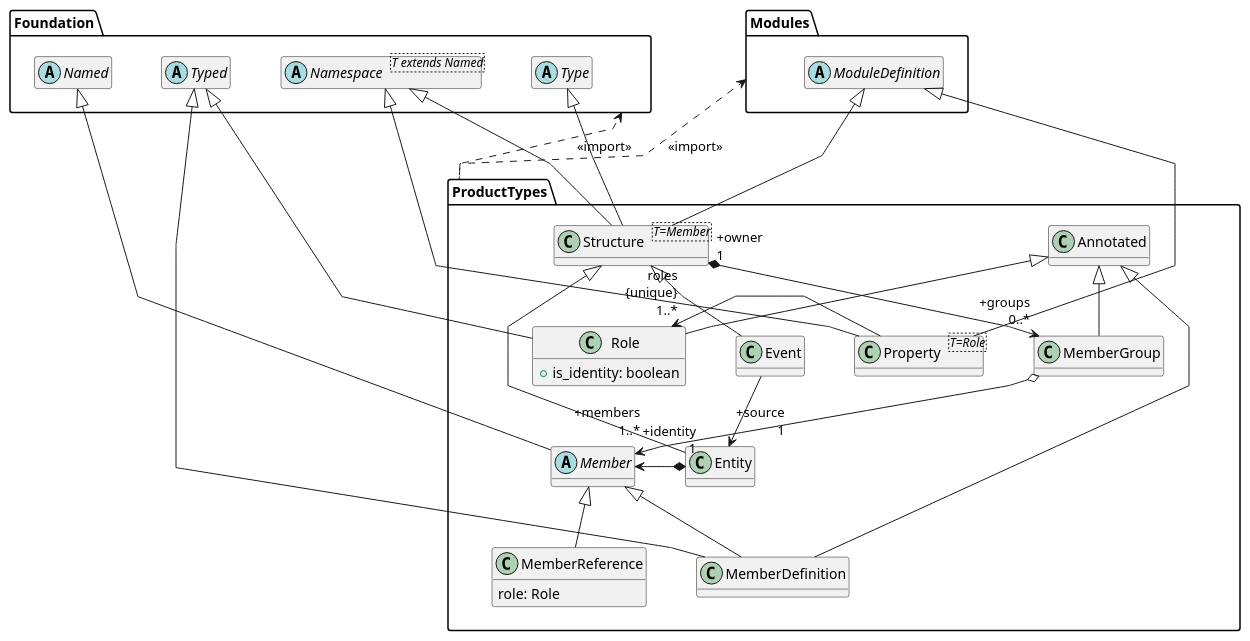
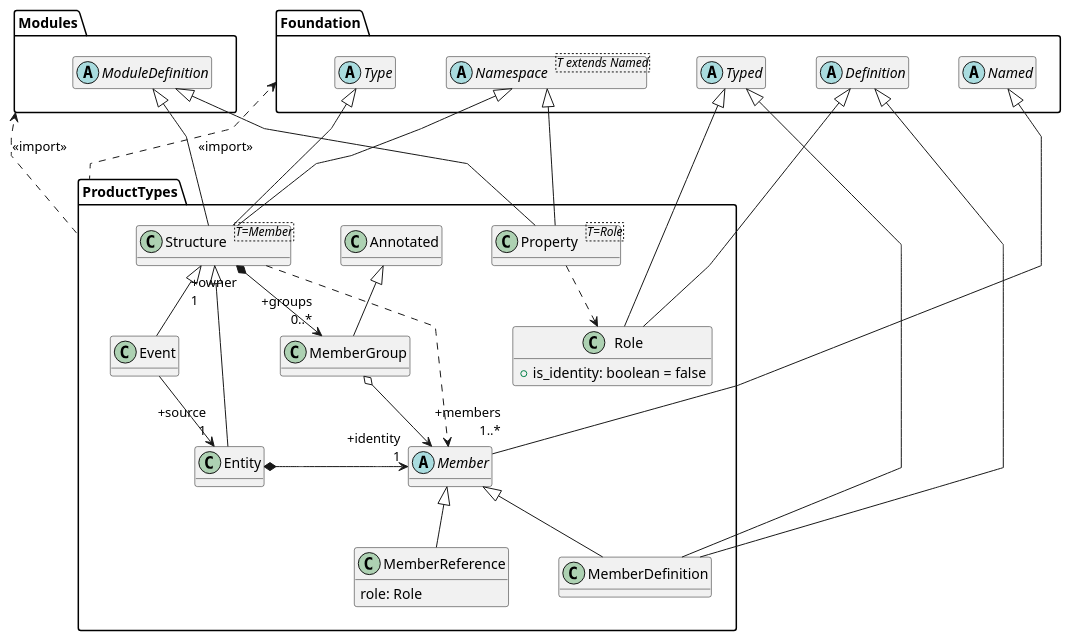
Before and after one commit to sdm-lang/sdml-io: the eighth of 18 diagrams in docs/meta-model.org, drawn with PlantUML. The commit also changed other lines of this file and 20 other files, not shown here.

```diff
--- a/docs/meta-model.org
+++ b/docs/meta-model.org
@@ -489,72 +884,72 @@
 #+BEGIN_SRC plantuml :file ./metamodel-product-types.svg
 @startuml
 skinparam backgroundColor transparent
 skinparam linetype polyline
 skinparam nodesep 50
 hide methods
 
 package Foundation {
     hide members
-    abstract class Named {}
+    abstract class Definition
+    abstract class Named
     abstract class "Namespace<T extends Named>" as g_Namespace {}
-    abstract class Type {}
-    abstract class Typed {}
+    abstract class Type
+    abstract class Typed
 }
 
 package Modules {
     hide members
-    abstract class ModuleDefinition {}
+    abstract class ModuleDefinition
 }
 
 package ProductTypes {
-    class Entity {}
+    class Entity
     class Event {}
-    class "Structure<T=Member>" as g_Structure {}
-    class MemberGroup {}
-    abstract class Member {}
+    class "Structure<T=Member>" as g_Structure
+    abstract class Member
+    class MemberGroup
 
     g_Structure -up-|> Type
     g_Structure -up-|> ModuleDefinition
     g_Structure -up-|> g_Namespace
+    g_Structure ..> Member
     g_Structure "+owner\l1" *--> "+groups\r0..*" MemberGroup
     
     Entity -up-|> g_Structure
     Entity *---right--> "+identity\r1" Member
     
     Event -up-|> g_Structure
     Event --> "+source\r1" Entity
 
+    Member -up-|> Named
     MemberGroup -up-|> Annotated
     MemberGroup o--> "+members\r1..*" Member
 
-    
-      class "Property<T=Role>" as g_Property {}
+    class MemberDefinition {}
+    MemberDefinition -up-|> Definition
+    MemberDefinition -up-|> Member
+    MemberDefinition -up-|> Typed
+
+    class "Property<T=Role>" as g_Property
     class Role {
-        +is_identity: boolean
+        +is_identity: boolean = false
     }
 
     g_Property -up-|> ModuleDefinition
     g_Property -up-|> g_Namespace
-    g_Property ---right--> "roles\r{unique}\r1..*" Role
-    Role -up-|> Annotated
+    g_Property ..> Role
+    Role -up-|> Definition
     Role -up-|> Typed
-
-    Member -up-|> Named
-
-    class MemberDefinition {}
-    MemberDefinition -up-|> Annotated
-    MemberDefinition -up-|> Member
-    MemberDefinition -up-|> Typed
-
+    
     class MemberReference {
         role: Role
     }
-    MemberReference-up-|> Member
+    MemberReference -up-|> Member
 
     ' TODO: Add features
 }
 
 ProductTypes .up.> Foundation: <<import>>
 ProductTypes .up.> Modules: <<import>>
 @enduml
 #+END_SRC
```
